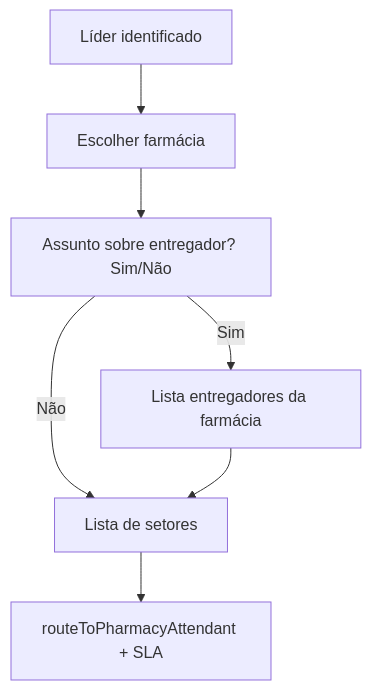
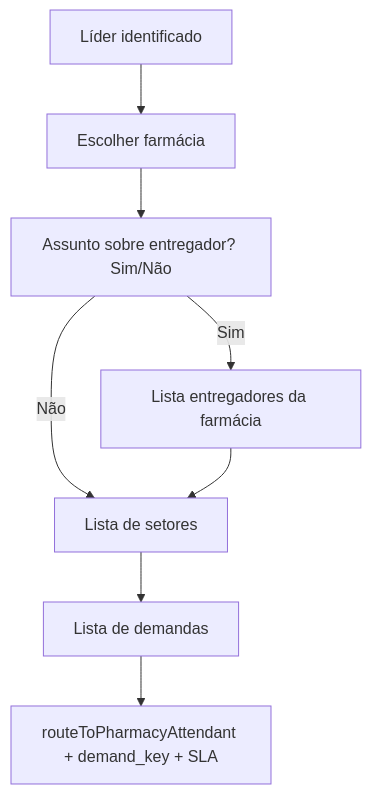
Before and after one commit to robertmcarvalho/plataforma-atendimento: the diagram in docs/LEADER_WHATSAPP_INTAKE.md, drawn with Mermaid. The commit also changed other lines of this file and 50 other files, not shown here.

````diff
--- a/docs/LEADER_WHATSAPP_INTAKE.md
+++ b/docs/LEADER_WHATSAPP_INTAKE.md
@@ -7,16 +34,18 @@
 ```mermaid
 flowchart TD
   identify[Líder identificado]
   pharmacy[Escolher farmácia]
   aboutDriver["Assunto sobre entregador? Sim/Não"]
   driverList[Lista entregadores da farmácia]
   sectors[Lista de setores]
-  route[routeToPharmacyAttendant + SLA]
+  demands[Lista de demandas]
+  route[routeToPharmacyAttendant + demand_key + SLA]
 
   identify --> pharmacy
   pharmacy --> aboutDriver
   aboutDriver -->|Sim| driverList
   aboutDriver -->|Não| sectors
   driverList --> sectors
-  sectors --> route
+  sectors --> demands
+  demands --> route
 ```
````
